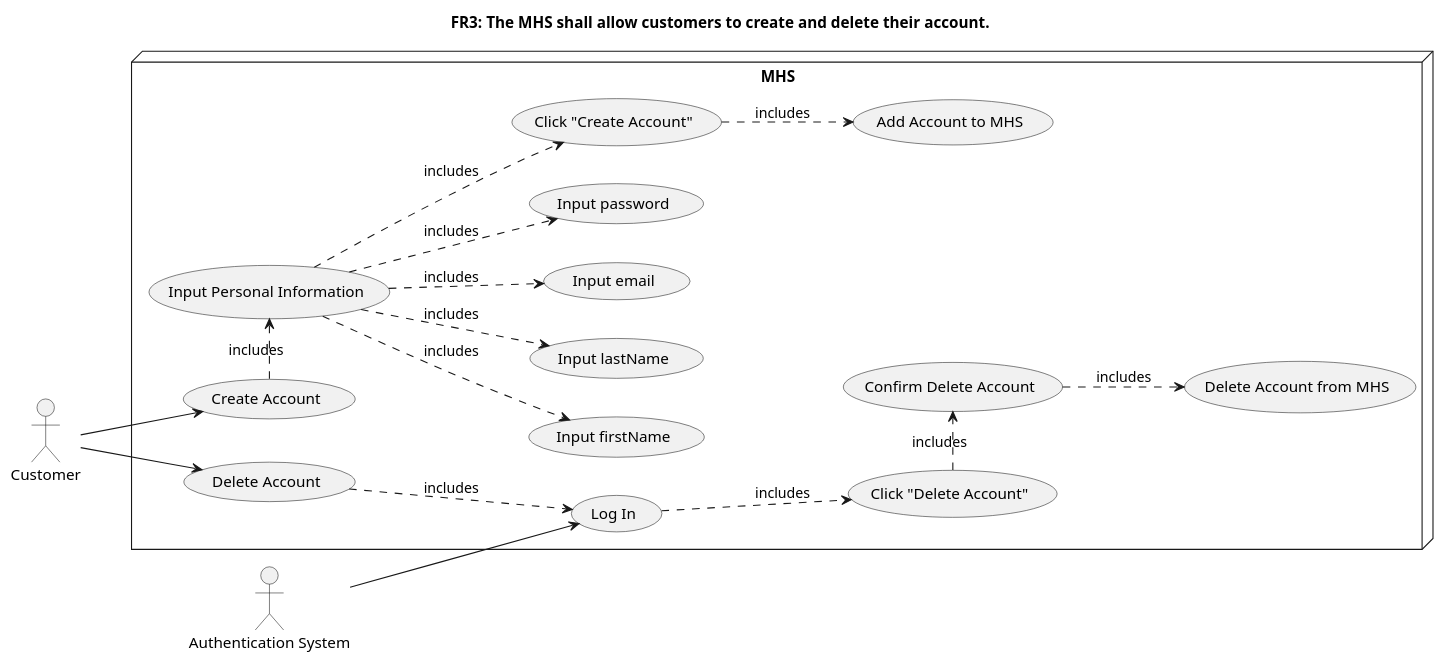
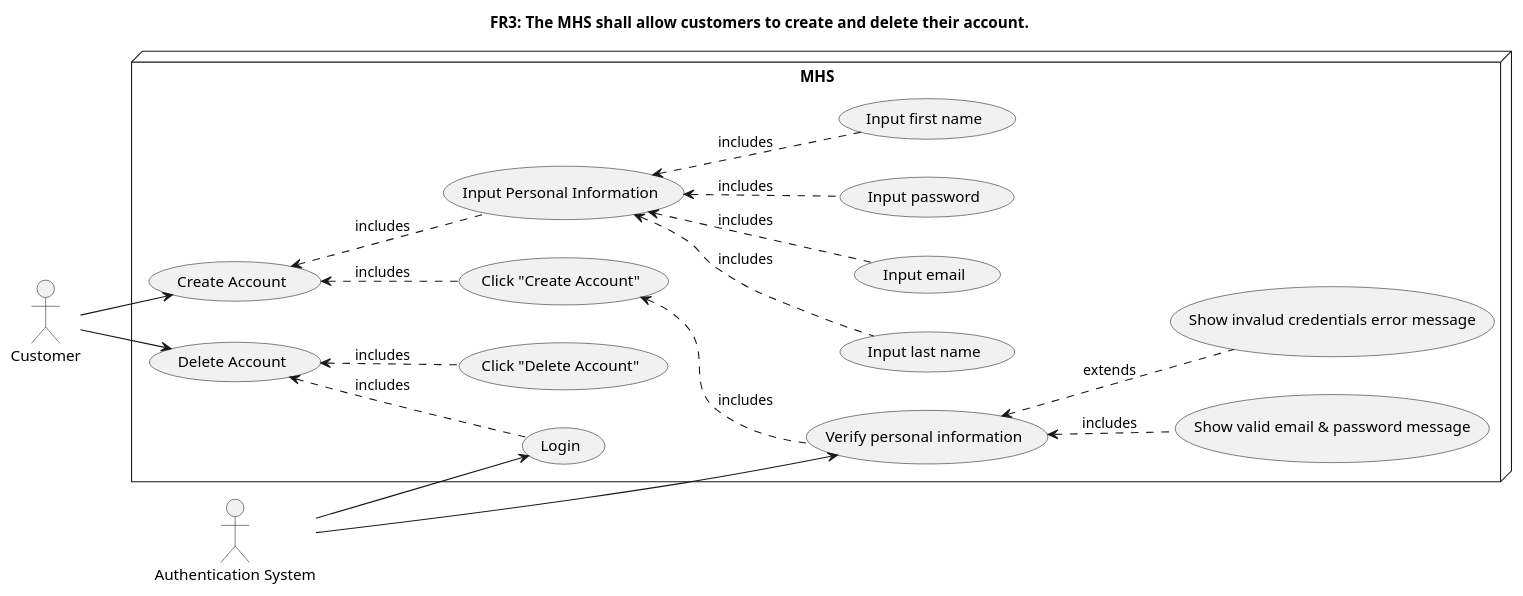
One commit to notkaramel/ECSE321-Mar1HotelSystem changed the diagram in documentation/UMLCodes/FR3_UCDiagram.plantuml. Above: the diagram before and after it, drawn with PlantUML. The commit also changed 3 other files, not shown here.

```diff
--- a/documentation/UMLCodes/FR3_UCDiagram.plantuml
+++ b/documentation/UMLCodes/FR3_UCDiagram.plantuml
@@ -1,34 +1,38 @@
 @startuml FR3_UCDiagram
 title FR3: The MHS shall allow customers to create and delete their account.
-' left to right direction
-' skinparam Linetype ortho
+
 :Customer: as c
 :Authentication System: as AuthSys
 
 node MHS {
     left to right direction
     (Create Account) as ca
     (Delete Account) as da
     (Input Personal Information) as inPersonalInfo
-    inPersonalInfo ..> (Input firstName) : includes
-    inPersonalInfo ..> (Input lastName) : includes
-    inPersonalInfo ..> (Input email) : includes
-    inPersonalInfo ..> (Input password) : includes
-    (Log In) as login
     (Click "Create Account") as cca
-    cca .down.> (Add Account to MHS) : includes
+    (Login) as login
     (Click "Delete Account") as dca
-    dca .> (Confirm Delete Account) : includes
-    (Confirm Delete Account) ..> (Delete Account from MHS) : includes
+    
+    inPersonalInfo <.. (Input first name) : includes
+    inPersonalInfo <.. (Input last name) : includes
+    inPersonalInfo <.. (Input email) : includes
+    inPersonalInfo <.. (Input password) : includes
+    ca <.. inPersonalInfo : includes
+    ca <.. cca : includes
+    cca <.. (Verify personal information) : includes
+    
+    (Verify personal information) <.. (Show valid email & password message) : includes
+    (Verify personal information) <.. (Show invalud credentials error message) : extends
+    
+    da <.. login : includes
+    da <.. dca : includes
 }
 
-c -right-> ca
-ca .right.> inPersonalInfo : includes
-inPersonalInfo ..> cca : includes
+c --> ca
 c --> da
-da ..> login : includes
+
 AuthSys --> login
-login ..> dca : includes
+AuthSys --> (Verify personal information)
 
 
 @enduml
```
